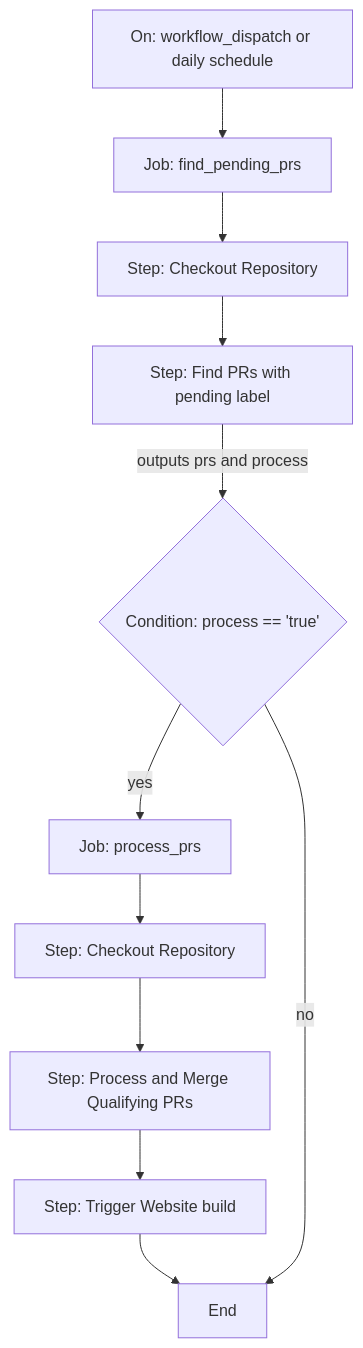
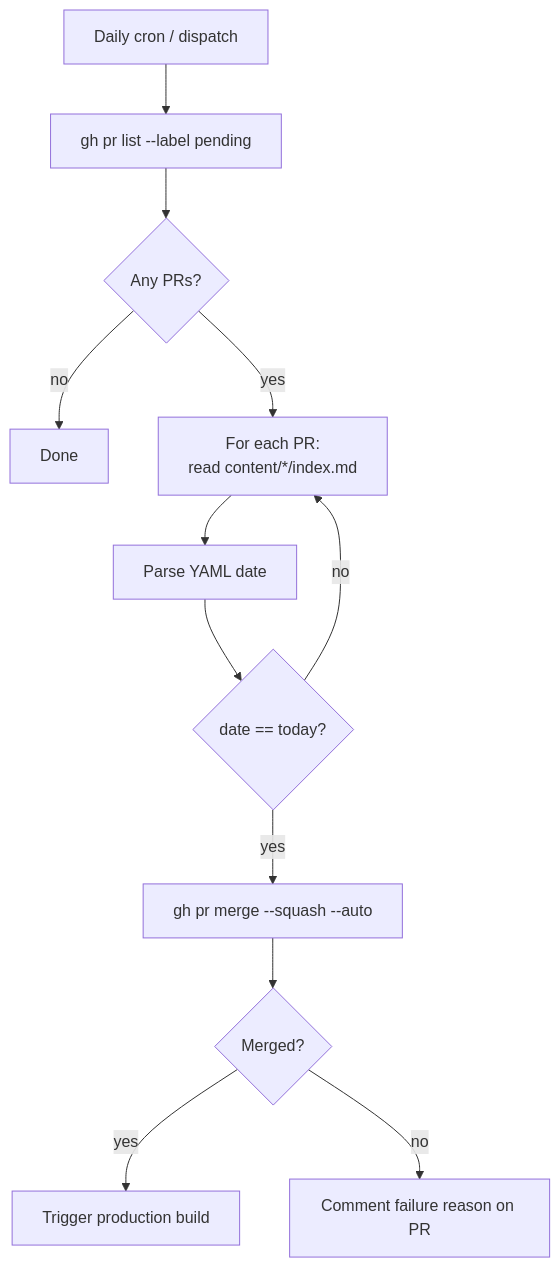
The third of 3 diagrams in content/website/admin_guide/gha/index.en.md (rladies/rladiesguide), drawn with Mermaid before and after one commit. The commit also changed other lines of this file and 21 other files, not shown here.

````diff
--- a/content/website/admin_guide/gha/index.en.md
+++ b/content/website/admin_guide/gha/index.en.md
@@ -99,20 +147,14 @@
-{{< mermaid >}}
-
-graph TD
-
-    B[On: workflow_dispatch or daily schedule] --> C[Job: find_pending_prs];
-
-    C --> C1[Step: Checkout Repository];
-    C1 --> C2[Step: Find PRs with pending label];
-    C2 -- outputs prs and process --> D{Condition: process == 'true'};
-
-    D -- yes --> E[Job: process_prs];
-
-    E --> E1[Step: Checkout Repository];
-    E1 --> E2[Step: Process and Merge Qualifying PRs];
-    E2 --> E3[Step: Trigger Website build];
-
-    E3 --> F[End];
-    D -- no --> F;
-
-{{< /mermaid >}}
+```mermaid
+flowchart TB
+    A[Daily cron / dispatch] --> B[gh pr list --label pending]
+    B --> C{Any PRs?}
+    C -->|no| Z[Done]
+    C -->|yes| D[For each PR:<br>read content/*/index.md]
+    D --> E[Parse YAML date]
+    E --> F{date == today?}
+    F -->|no| D
+    F -->|yes| G[gh pr merge --squash --auto]
+    G --> H{Merged?}
+    H -->|yes| I[Trigger production build]
+    H -->|no| J[Comment failure reason on PR]
+```
````
